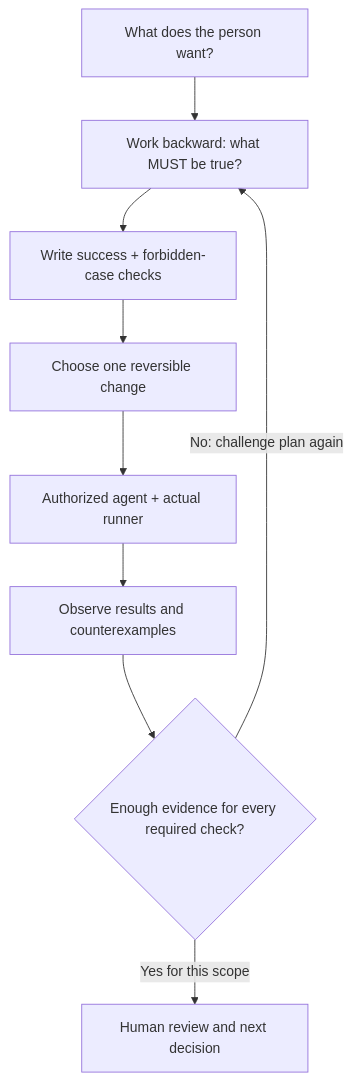
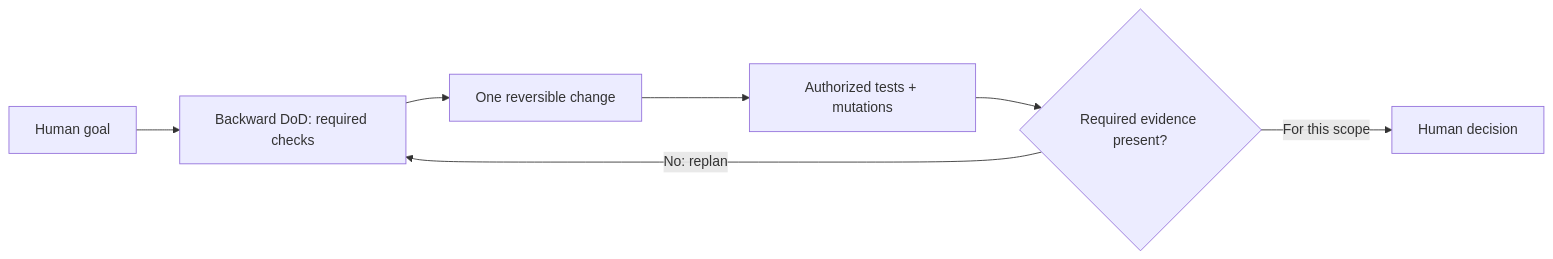
Before and after one commit to Luke883i/academics: the first of 2 diagrams in README.md, drawn with Mermaid. The commit also changed other lines of this file, not shown here.

First line of the commit message:
docs(academics): preserve manual trajectory and consolidate to two LR diagrams

````diff
--- a/README.md
+++ b/README.md
@@ -41,11 +41,9 @@
 ```mermaid
-flowchart TD
-    G["What does the person want?"] --> B["Work backward: what MUST be true?"]
-    B --> A["Write success + forbidden-case checks"]
-    A --> S["Choose one reversible change"]
-    S --> X["Authorized agent + actual runner"]
-    X --> E["Observe results and counterexamples"]
-    E --> Q{"Enough evidence for every required check?"}
-    Q -- "No: challenge plan again" --> B
-    Q -- "Yes for this scope" --> H["Human review and next decision"]
+flowchart LR
+    G["Human goal"] --> D["Backward DoD: required checks"]
+    D --> S["One reversible change"]
+    S --> T["Authorized tests + mutations"]
+    T --> Q{"Required evidence present?"}
+    Q -- "No: replan" --> D
+    Q -- "For this scope" --> H["Human decision"]
 ```
````
